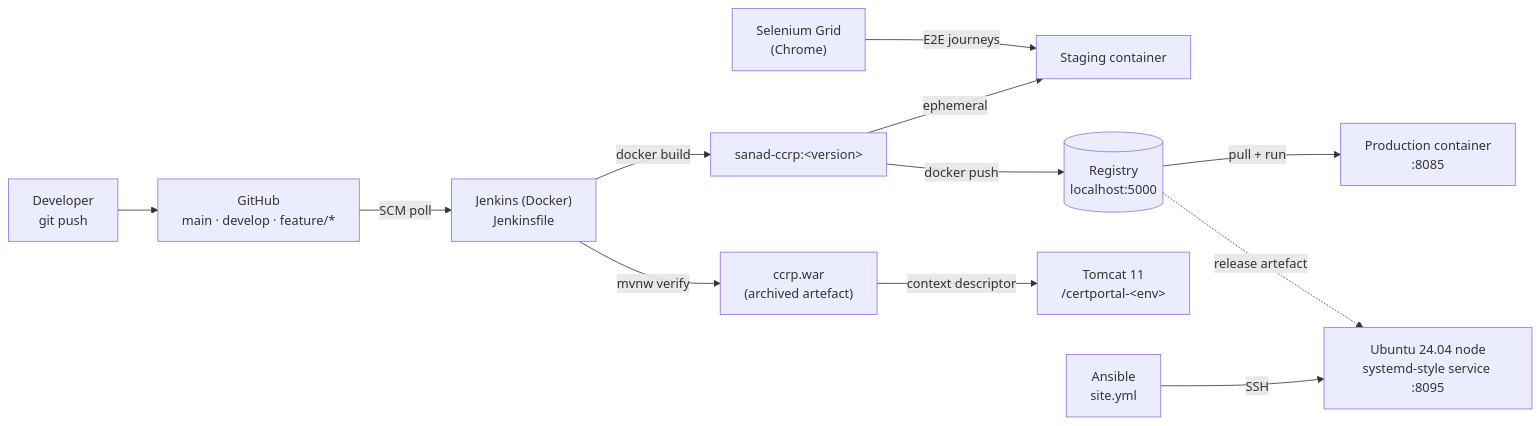
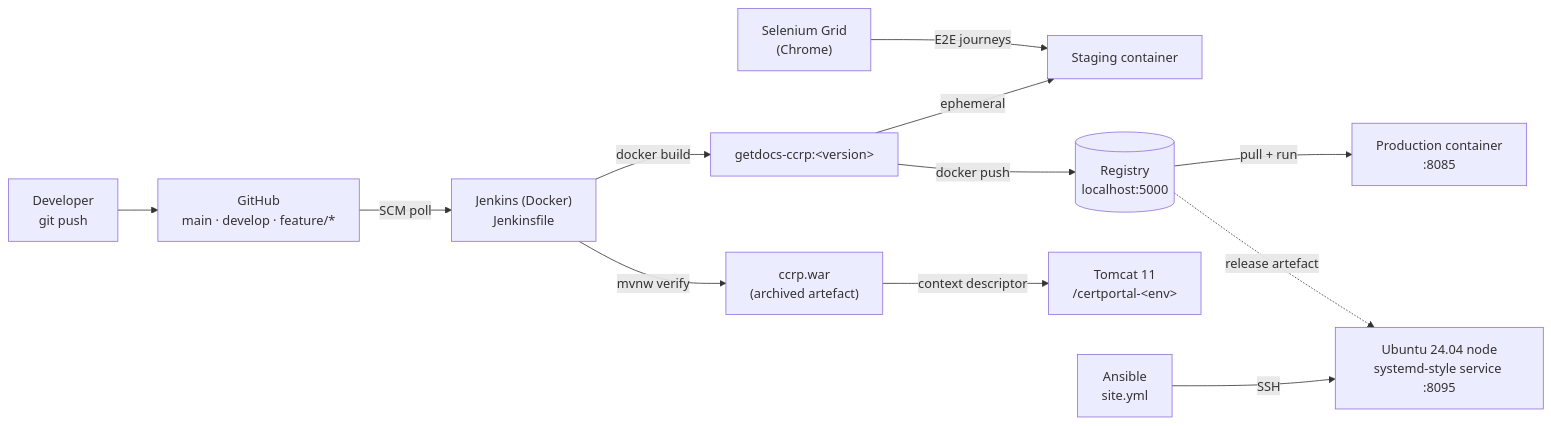
The third of 5 diagrams in docs/03-srs-architecture.md (tanishqbuilds/citizen-certificate-portal), drawn with Mermaid before and after one commit. The commit also changed other lines of this file and 30 other files, not shown here.

````diff
--- a/docs/03-srs-architecture.md
+++ b/docs/03-srs-architecture.md
@@ -166,14 +166,14 @@
 ```mermaid
 flowchart LR
     dev["Developer<br/>git push"] --> gh["GitHub<br/>main · develop · feature/*"]
     gh -->|SCM poll| jenkins["Jenkins (Docker)<br/>Jenkinsfile"]
     jenkins -->|mvnw verify| war["ccrp.war<br/>(archived artefact)"]
-    jenkins -->|docker build| img["sanad-ccrp:&lt;version&gt;"]
+    jenkins -->|docker build| img["getdocs-ccrp:&lt;version&gt;"]
     img -->|ephemeral| staging["Staging container"]
     selenium["Selenium Grid<br/>(Chrome)"] -->|E2E journeys| staging
     img -->|docker push| reg[("Registry<br/>localhost:5000")]
     war -->|context descriptor| tomcat["Tomcat 11<br/>/certportal-&lt;env&gt;"]
     reg -->|pull + run| prod["Production container<br/>:8085"]
     ansible["Ansible<br/>site.yml"] -->|SSH| node["Ubuntu 24.04 node<br/>systemd-style service :8095"]
     reg -.->|release artefact| node
 ```
````
